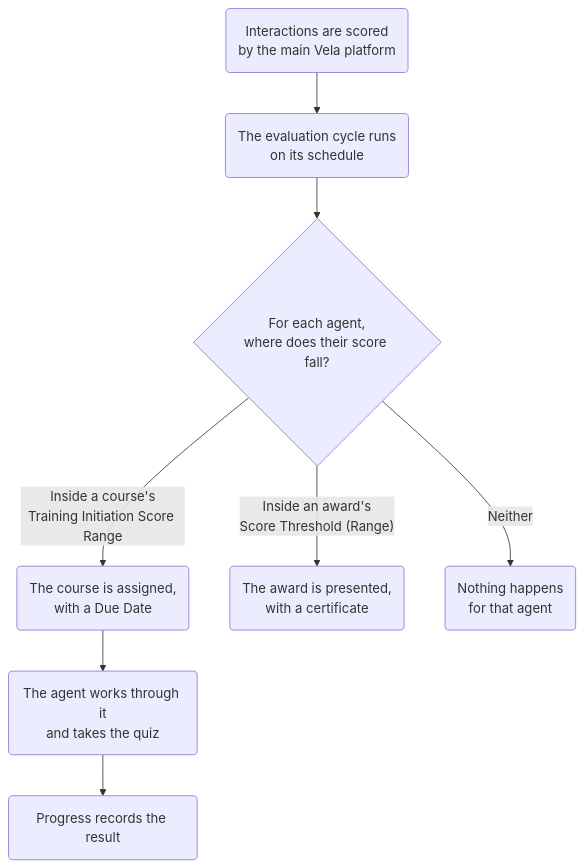
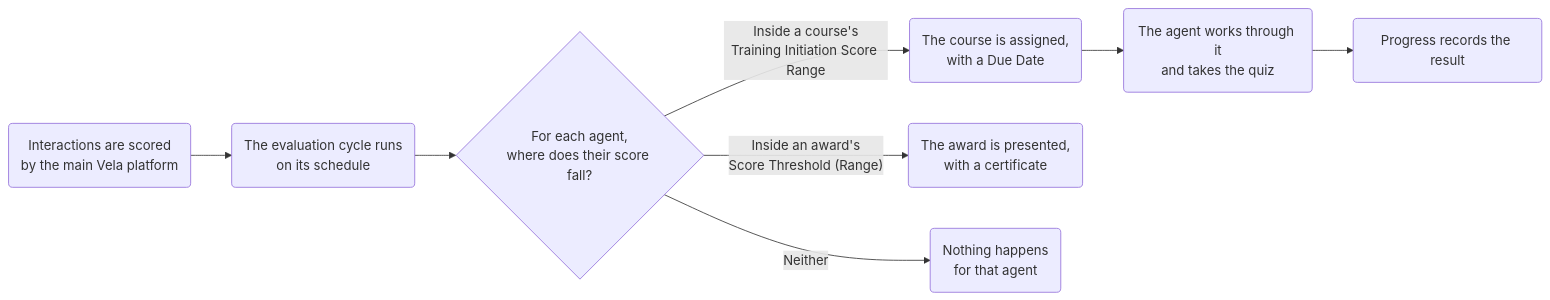
The diagram in docs/explanation/how-coaching-works.md (Botlhale-AI/docs-coaching-portal), drawn with Mermaid before and after one commit. The commit also changed 8 other files, not shown here.

````diff
--- a/docs/explanation/how-coaching-works.md
+++ b/docs/explanation/how-coaching-works.md
@@ -40,10 +40,10 @@
 ```mermaid
-flowchart TD
+flowchart LR
     A("Interactions are scored<br/>by the main Vela platform") --> B("The evaluation cycle runs<br/>on its schedule")
     B --> C{"For each agent,<br/>where does their score fall?"}
     C -- "Inside a course's<br/>Training Initiation Score Range" --> D("The course is assigned,<br/>with a Due Date")
     C -- "Inside an award's<br/>Score Threshold (Range)" --> E("The award is presented,<br/>with a certificate")
     C -- "Neither" --> F("Nothing happens<br/>for that agent")
     D --> G("The agent works through it<br/>and takes the quiz")
     G --> H("Progress records the result")
 ```
````
